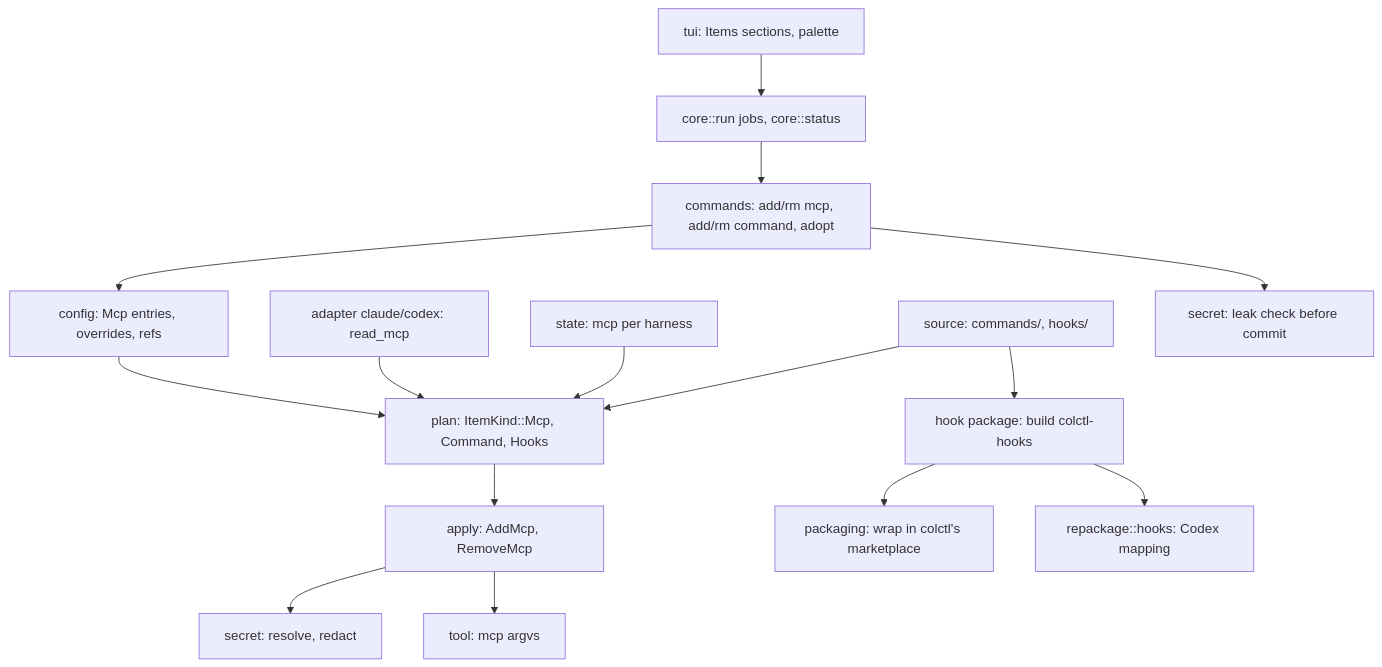
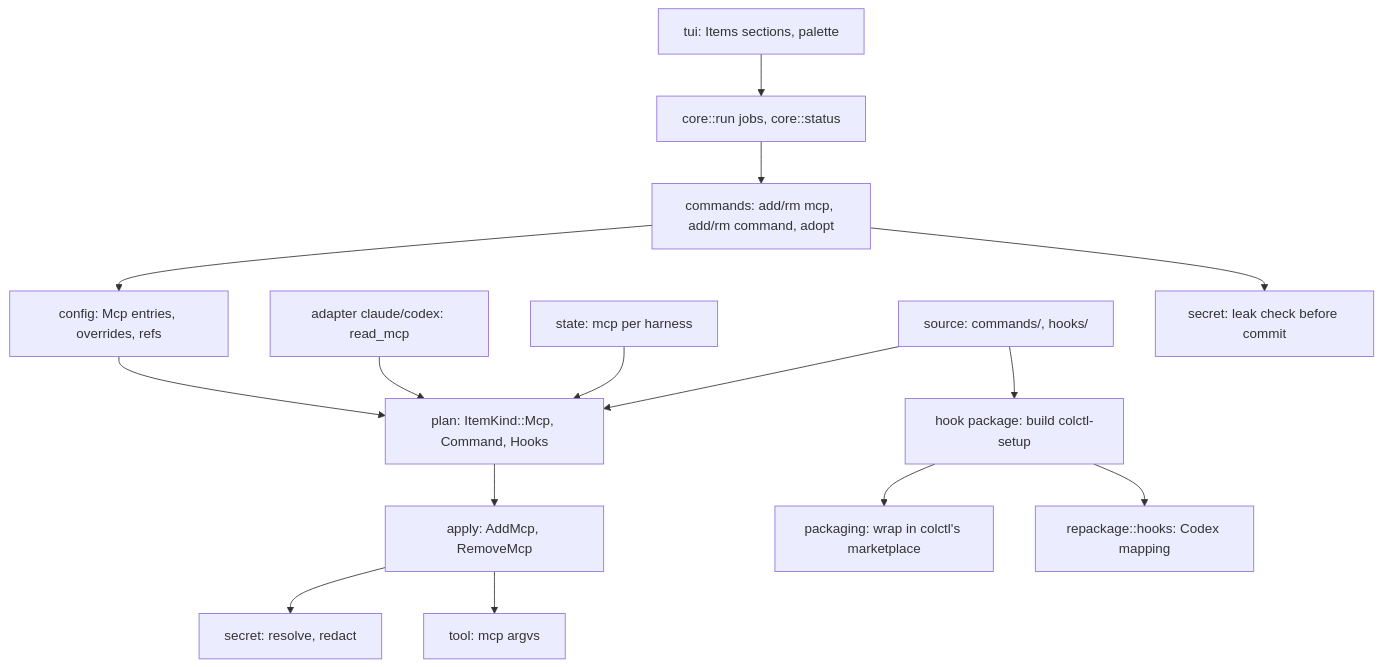
One commit to muradmadi-leadtech/colctl changed the diagram in docs/whole-setup/components.md. Above: the diagram before and after it, drawn with Mermaid. The commit also changed other lines of this file and 7 other files, not shown here.

````diff
--- a/docs/whole-setup/components.md
+++ b/docs/whole-setup/components.md
@@ -5,17 +5,17 @@
 ```mermaid
 flowchart TB
   cfg[config: Mcp entries, overrides, refs] --> plan[plan: ItemKind::Mcp, Command, Hooks]
   scan[adapter claude/codex: read_mcp] --> plan
   st[state: mcp per harness] --> plan
   plan --> apply[apply: AddMcp, RemoveMcp]
   apply --> secret[secret: resolve, redact]
   apply --> tool[tool: mcp argvs]
   src[source: commands/, hooks/] --> plan
-  src --> hookpkg[hook package: build colctl-hooks]
+  src --> hookpkg[hook package: build colctl-setup]
   hookpkg --> pack[packaging: wrap in colctl's marketplace]
   hookpkg --> rep[repackage::hooks: Codex mapping]
   cmds[commands: add/rm mcp, add/rm command, adopt] --> cfg
   cmds --> leak[secret: leak check before commit]
   core[core::run jobs, core::status] --> cmds
   tui[tui: Items sections, palette] --> core
 ```
````
